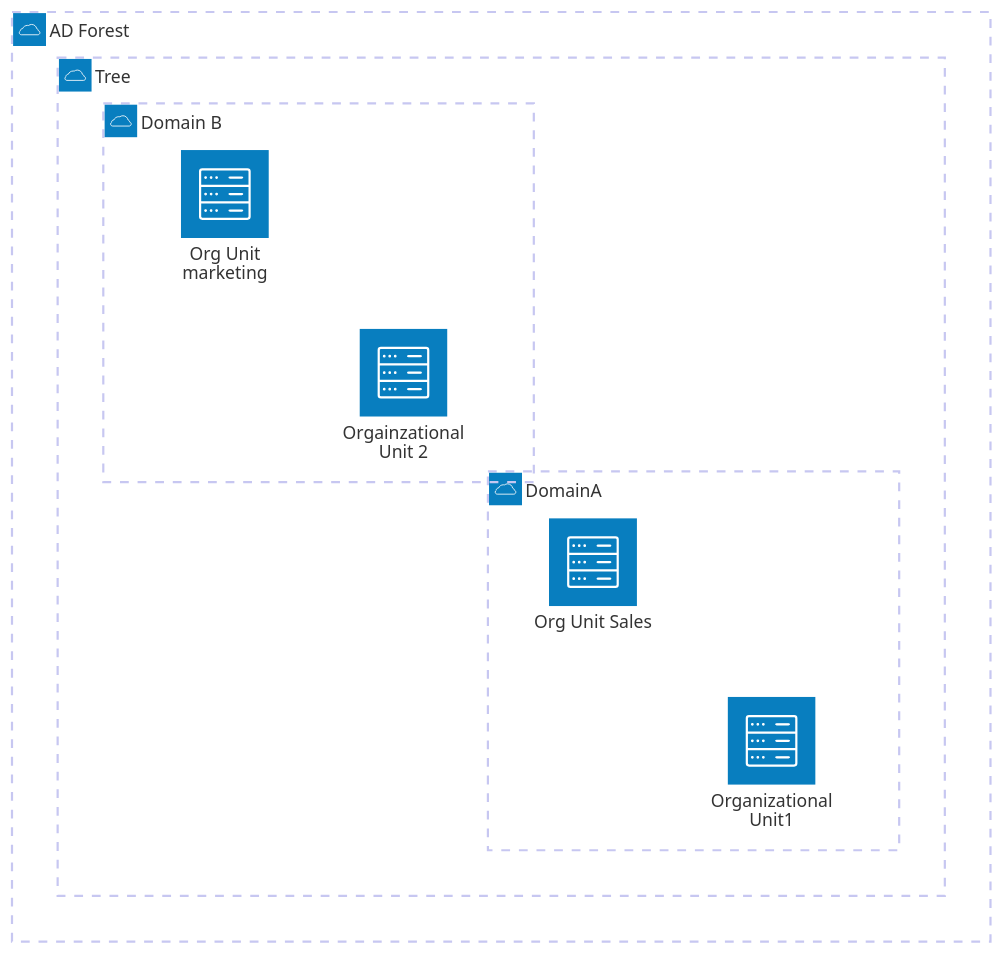
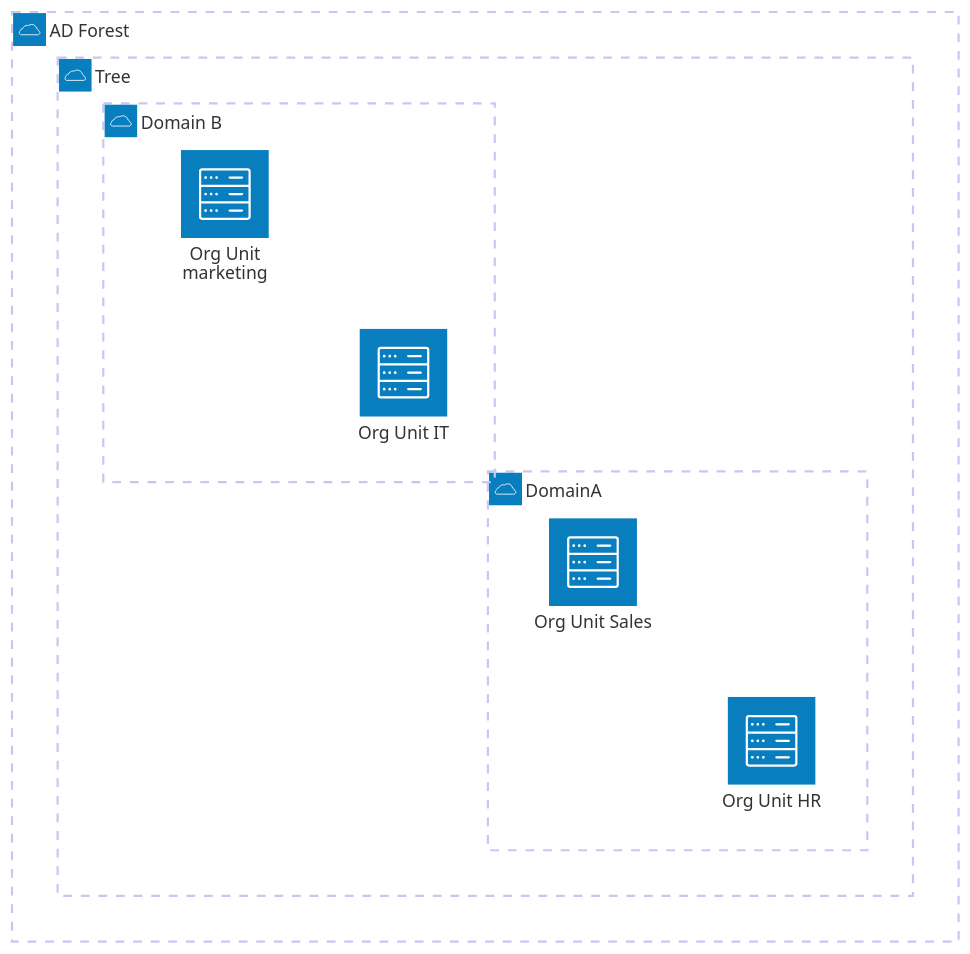
Before and after one commit to gillesjudo/Windows-Beginner-Concepts: the diagram in AD_AzureAD.md, drawn with Mermaid.

Commit message:
multiple orgunits

````diff
--- a/AD_AzureAD.md
+++ b/AD_AzureAD.md
@@ -45,11 +45,11 @@
 ```mermaid
 architecture-beta
     group ad_forest(cloud)[AD Forest]
       group ad_tree(cloud)[Tree] in ad_forest
         group domainA(cloud)[DomainA] in ad_tree
-          service ou1(server)[Organizational Unit1] in domainA
+          service ou1(server)[Org Unit HR] in domainA
           service ou3(server)[Org Unit Sales] in domainA
         group domainB(cloud)[Domain B] in ad_tree
-          service ou2(server)[Orgainzational Unit 2] in domainB
+          service ou2(server)[Org Unit IT] in domainB
           service ou4(server)[Org Unit marketing] in domainB
 ```
````
